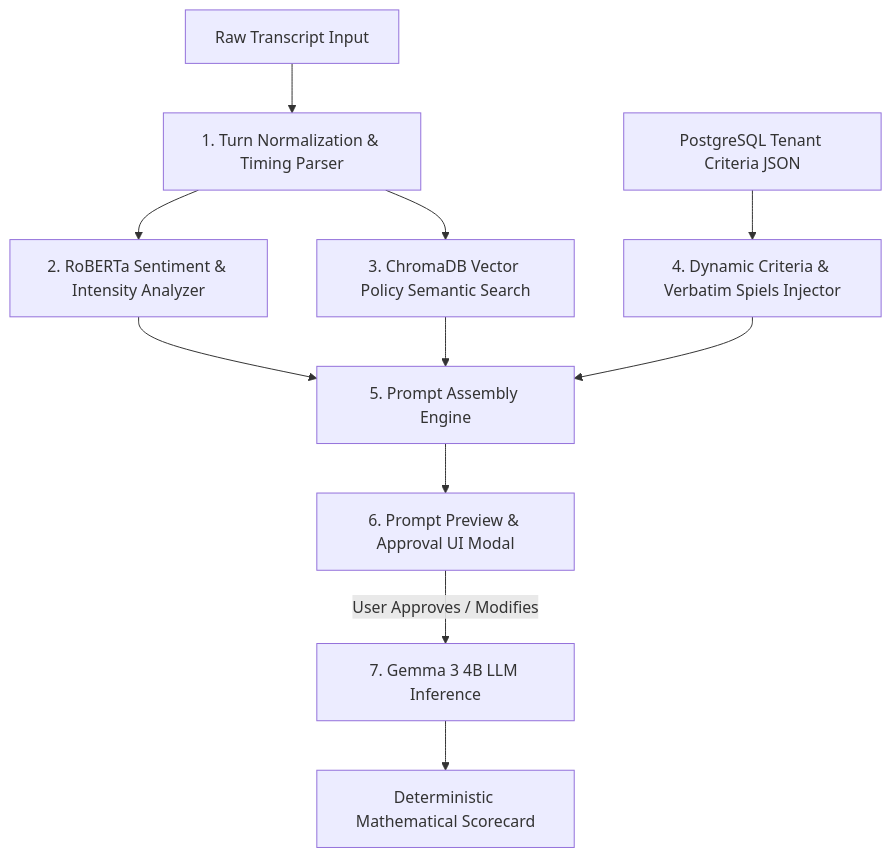
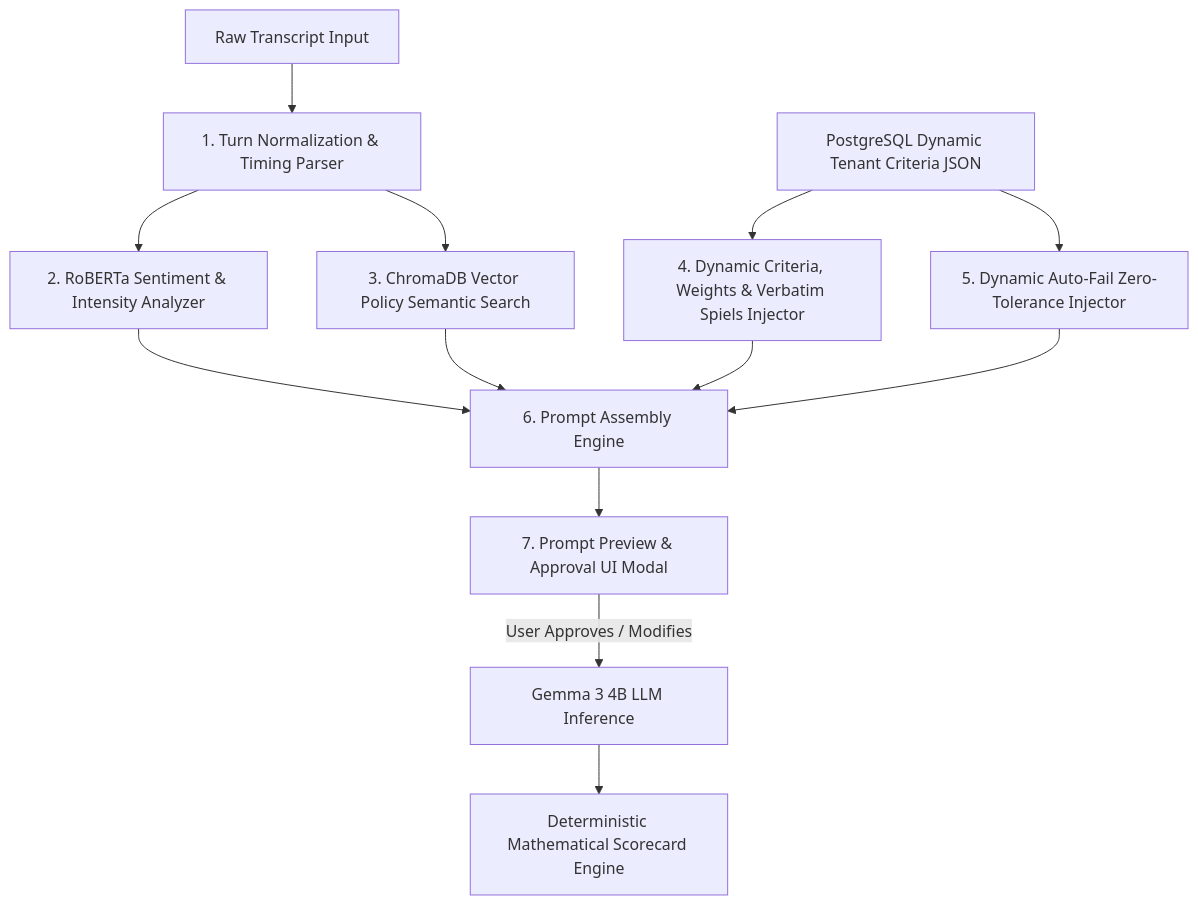
One commit to Luchitha7/gemma-qa-analysis changed the diagram in prompt-builder.md. Above: the diagram before and after it, drawn with Mermaid. The commit also changed other lines of this file and 2 other files, not shown here.

Commit message:
feat: implement dynamic rule-based prompt assembly pipeline and evaluation logic for Gemma 3 4B

````diff
--- a/prompt-builder.md
+++ b/prompt-builder.md
@@ -11,15 +11,17 @@
 ```mermaid
 flowchart TD
     A[Raw Transcript Input] --> B[1. Turn Normalization & Timing Parser]
     B --> C[2. RoBERTa Sentiment & Intensity Analyzer]
     B --> D[3. ChromaDB Vector Policy Semantic Search]
-    E[PostgreSQL Tenant Criteria JSON] --> F[4. Dynamic Criteria & Verbatim Spiels Injector]
+    E[PostgreSQL Dynamic Tenant Criteria JSON] --> F[4. Dynamic Criteria, Weights & Verbatim Spiels Injector]
+    E --> K[5. Dynamic Auto-Fail Zero-Tolerance Injector]
     
-    C --> G[5. Prompt Assembly Engine]
+    C --> G[6. Prompt Assembly Engine]
     D --> G
     F --> G
+    K --> G
     
-    G --> H[6. Prompt Preview & Approval UI Modal]
-    H -->|User Approves / Modifies| I[7. Gemma 3 4B LLM Inference]
-    I --> J[Deterministic Mathematical Scorecard]
+    G --> H[7. Prompt Preview & Approval UI Modal]
+    H -->|User Approves / Modifies| I[Gemma 3 4B LLM Inference]
+    I --> J[Deterministic Mathematical Scorecard Engine]
 ```
````
